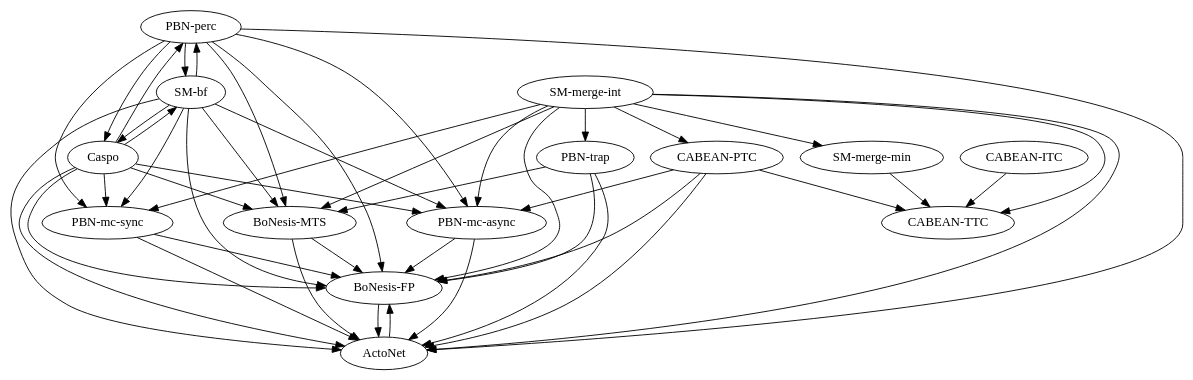
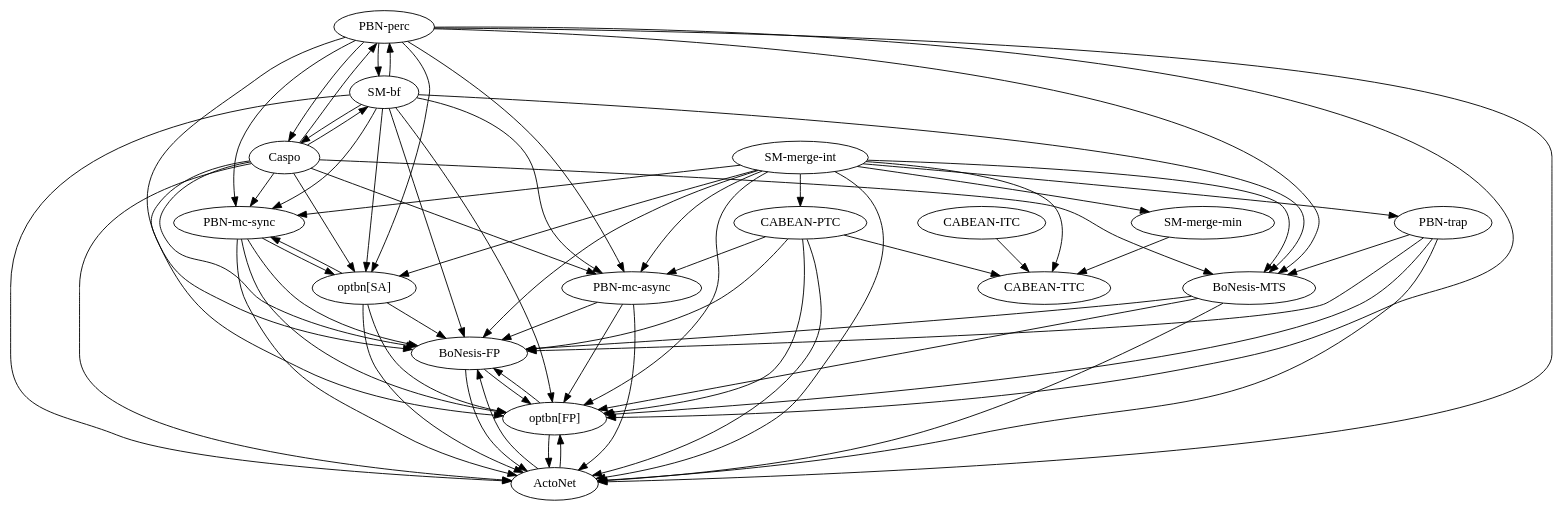
One commit to kalebmoon07/BN-control-taxonomy changed the diagram in experiments/results/_summary.dot. Above: the diagram before and after it, drawn with Graphviz. The commit also changed 30 other files, not shown here.

```diff
--- a/experiments/results/_summary.dot
+++ b/experiments/results/_summary.dot
@@ -1,63 +1,87 @@
 digraph G {
 "BoNesis-FP";
 "BoNesis-MTS";
 "CABEAN-ITC";
 "CABEAN-PTC";
 "CABEAN-TTC";
 "PBN-mc-async";
 "PBN-mc-sync";
 "PBN-perc";
 "PBN-trap";
 "SM-bf";
 "SM-merge-int";
 "SM-merge-min";
+"optbn[FP]";
+"optbn[SA]";
 ActoNet;
 Caspo;
+"BoNesis-FP" -> "optbn[FP]";
 "BoNesis-FP" -> ActoNet;
 "BoNesis-MTS" -> "BoNesis-FP";
+"BoNesis-MTS" -> "optbn[FP]";
 "BoNesis-MTS" -> ActoNet;
 "CABEAN-ITC" -> "CABEAN-TTC";
 "CABEAN-PTC" -> "BoNesis-FP";
 "CABEAN-PTC" -> "CABEAN-TTC";
 "CABEAN-PTC" -> "PBN-mc-async";
+"CABEAN-PTC" -> "optbn[FP]";
 "CABEAN-PTC" -> ActoNet;
 "PBN-mc-async" -> "BoNesis-FP";
+"PBN-mc-async" -> "optbn[FP]";
 "PBN-mc-async" -> ActoNet;
 "PBN-mc-sync" -> "BoNesis-FP";
+"PBN-mc-sync" -> "optbn[FP]";
+"PBN-mc-sync" -> "optbn[SA]";
 "PBN-mc-sync" -> ActoNet;
 "PBN-perc" -> "BoNesis-FP";
 "PBN-perc" -> "BoNesis-MTS";
 "PBN-perc" -> "PBN-mc-async";
 "PBN-perc" -> "PBN-mc-sync";
 "PBN-perc" -> "SM-bf";
+"PBN-perc" -> "optbn[FP]";
+"PBN-perc" -> "optbn[SA]";
 "PBN-perc" -> ActoNet;
 "PBN-perc" -> Caspo;
 "PBN-trap" -> "BoNesis-FP";
 "PBN-trap" -> "BoNesis-MTS";
+"PBN-trap" -> "optbn[FP]";
 "PBN-trap" -> ActoNet;
 "SM-bf" -> "BoNesis-FP";
 "SM-bf" -> "BoNesis-MTS";
 "SM-bf" -> "PBN-mc-async";
 "SM-bf" -> "PBN-mc-sync";
 "SM-bf" -> "PBN-perc";
+"SM-bf" -> "optbn[FP]";
+"SM-bf" -> "optbn[SA]";
 "SM-bf" -> ActoNet;
 "SM-bf" -> Caspo;
 "SM-merge-int" -> "BoNesis-FP";
 "SM-merge-int" -> "BoNesis-MTS";
 "SM-merge-int" -> "CABEAN-PTC";
 "SM-merge-int" -> "CABEAN-TTC";
 "SM-merge-int" -> "PBN-mc-async";
 "SM-merge-int" -> "PBN-mc-sync";
 "SM-merge-int" -> "PBN-trap";
 "SM-merge-int" -> "SM-merge-min";
+"SM-merge-int" -> "optbn[FP]";
+"SM-merge-int" -> "optbn[SA]";
 "SM-merge-int" -> ActoNet;
 "SM-merge-min" -> "CABEAN-TTC";
+"optbn[FP]" -> "BoNesis-FP";
+"optbn[FP]" -> ActoNet;
+"optbn[SA]" -> "BoNesis-FP";
+"optbn[SA]" -> "PBN-mc-sync";
+"optbn[SA]" -> "optbn[FP]";
+"optbn[SA]" -> ActoNet;
 ActoNet -> "BoNesis-FP";
+ActoNet -> "optbn[FP]";
 Caspo -> "BoNesis-FP";
 Caspo -> "BoNesis-MTS";
 Caspo -> "PBN-mc-async";
 Caspo -> "PBN-mc-sync";
 Caspo -> "PBN-perc";
 Caspo -> "SM-bf";
+Caspo -> "optbn[FP]";
+Caspo -> "optbn[SA]";
 Caspo -> ActoNet;
 }
```
